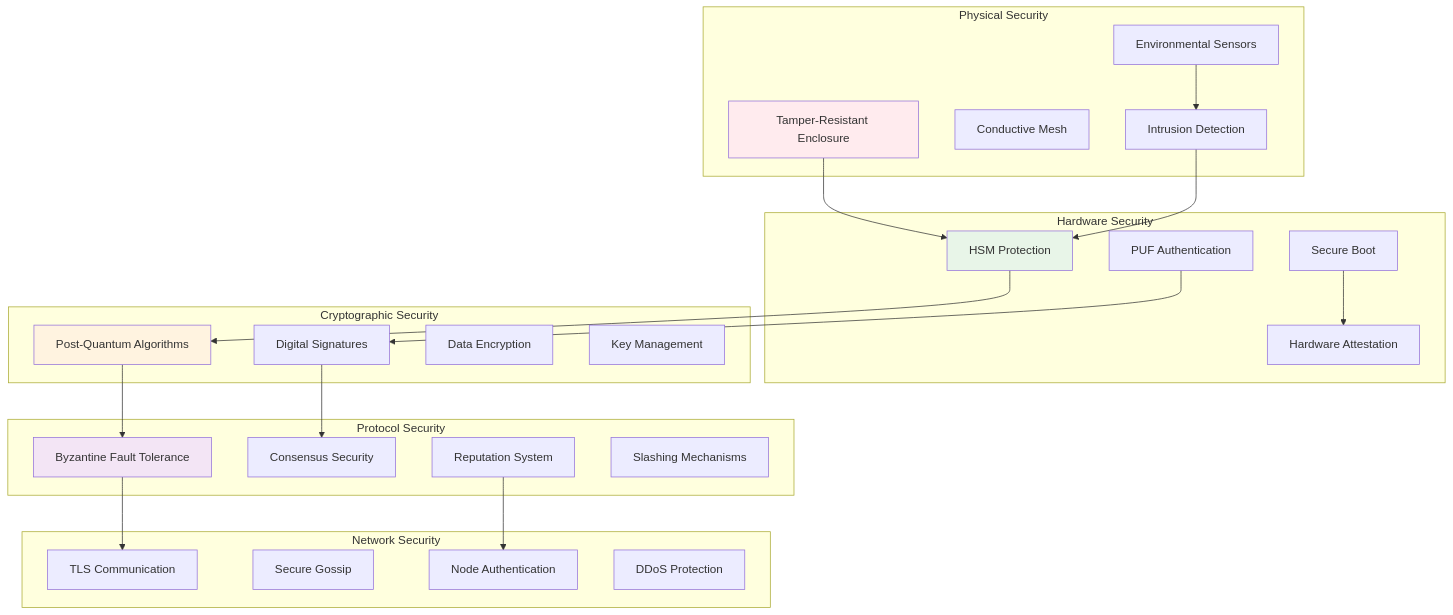
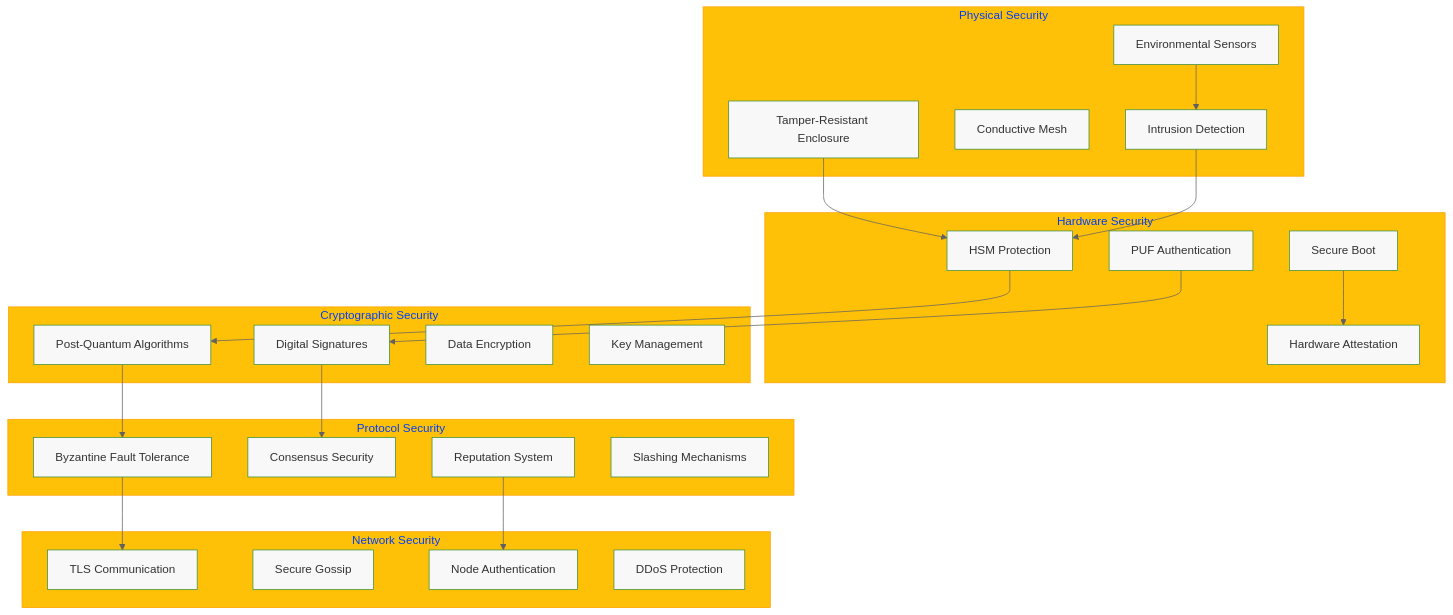
Before and after one commit to nshkrdotcom/ChronoLedger: the tenth of 10 diagrams in docs/architecture.md, drawn with Mermaid. The commit also changed other lines of this file and 6 other files, not shown here.

````diff
--- a/docs/architecture.md
+++ b/docs/architecture.md
@@ -499,56 +565,62 @@
 ```mermaid
+%%{init: {'theme': 'base', 'themeVariables': {
+    'primaryColor': '#4CAF50',
+    'primaryBorderColor': '#388E3C',
+    'secondaryColor': '#2196F3',
+    'secondaryBorderColor': '#1976D2',
+    'tertiaryColor': '#FFC107',
+    'tertiaryBorderColor': '#FFA000',
+    'lineColor': '#616161',
+    'textColor': '#212121',
+    'mainBkg': '#F8F8F8'
+}}}%%
 graph TD
     subgraph "Physical Security"
         ENCLOSURE[Tamper-Resistant Enclosure]
         SENSORS[Environmental Sensors]
         MESH[Conductive Mesh]
         DETECTION[Intrusion Detection]
     end
     
     subgraph "Hardware Security"
         HSM_SEC[HSM Protection]
         PUF_SEC[PUF Authentication]
         BOOT[Secure Boot]
         ATTESTATION[Hardware Attestation]
     end
     
     subgraph "Cryptographic Security"
         POST_QUANTUM[Post-Quantum Algorithms]
         SIGNATURES[Digital Signatures]
         ENCRYPTION[Data Encryption]
         KEY_MGMT[Key Management]
     end
     
     subgraph "Protocol Security"
         BFT_SEC[Byzantine Fault Tolerance]
         CONSENSUS_SEC[Consensus Security]
         REPUTATION_SEC[Reputation System]
         SLASHING[Slashing Mechanisms]
     end
     
     subgraph "Network Security"
         TLS[TLS Communication]
         GOSSIP[Secure Gossip]
         AUTH[Node Authentication]
         DDOS[DDoS Protection]
     end
     
     ENCLOSURE --> HSM_SEC
     SENSORS --> DETECTION
     DETECTION --> HSM_SEC
     
     HSM_SEC --> POST_QUANTUM
     PUF_SEC --> SIGNATURES
     BOOT --> ATTESTATION
     
     POST_QUANTUM --> BFT_SEC
     SIGNATURES --> CONSENSUS_SEC
     
     BFT_SEC --> TLS
     REPUTATION_SEC --> AUTH
-    
-    style ENCLOSURE fill:#ffebee
-    style HSM_SEC fill:#e8f5e8
-    style POST_QUANTUM fill:#fff3e0
-    style BFT_SEC fill:#f3e5f5
 ```
````
